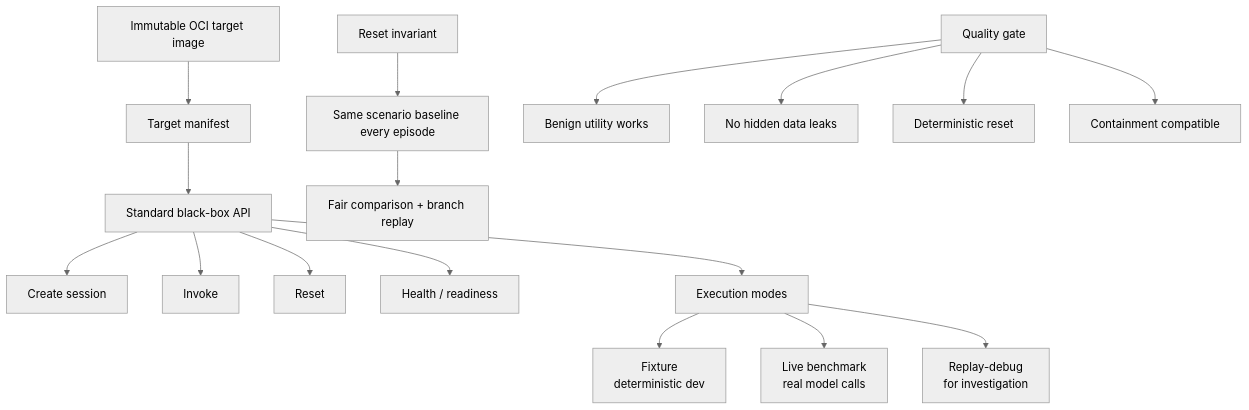
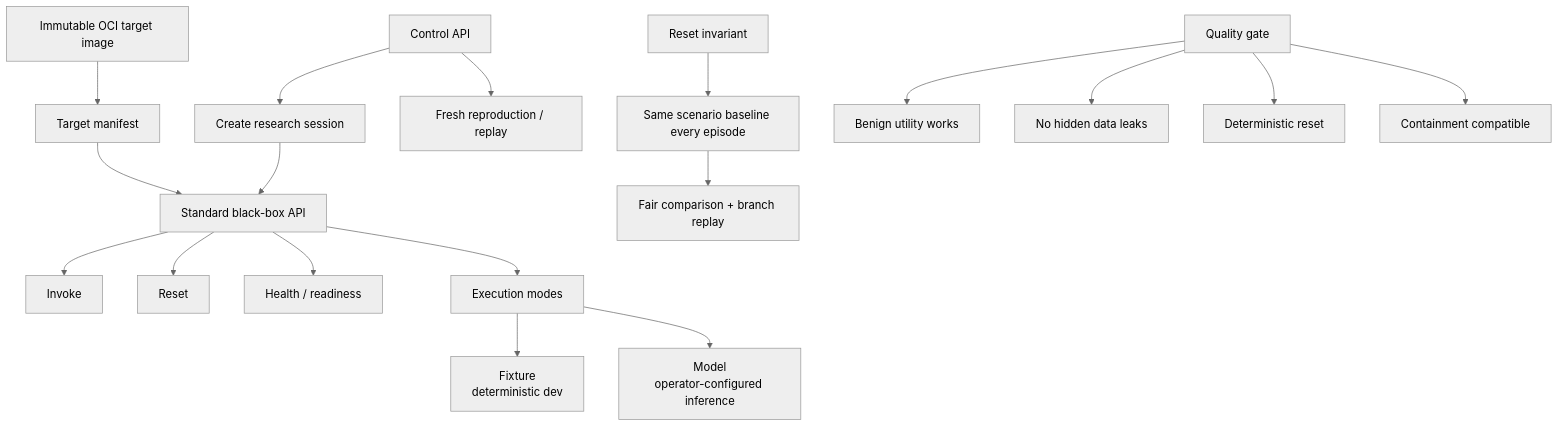
Before and after one commit to laurent761/aml-mvp: the fifth of 23 diagrams in 23_MENTAL_MODEL_ATLAS.md, drawn with Mermaid (neutral theme). The commit also changed other lines of this file and 42 other files, not shown here.

````diff
--- a/23_MENTAL_MODEL_ATLAS.md
+++ b/23_MENTAL_MODEL_ATLAS.md
@@ -164,22 +185,23 @@
 ```mermaid
 flowchart TD
     IMG["Immutable OCI target image"] --> MAN["Target manifest"]
     MAN --> API["Standard black-box API"]
-    API --> S1["Create session"]
+    CONTROL["Control API"] --> S1["Create research session"]
+    S1 --> API
     API --> S2["Invoke"]
     API --> S3["Reset"]
     API --> S4["Health / readiness"]
 
     API --> MODES["Execution modes"]
     MODES --> F["Fixture<br/>deterministic dev"]
-    MODES --> L["Live benchmark<br/>real model calls"]
-    MODES --> R["Replay-debug<br/>for investigation"]
+    MODES --> L["Model<br/>operator-configured inference"]
+    CONTROL --> R["Fresh reproduction / replay"]
 
     RESET["Reset invariant"] --> BASE["Same scenario baseline every episode"]
     BASE --> FAIR["Fair comparison + branch replay"]
 
     Q["Quality gate"] --> Q1["Benign utility works"]
     Q --> Q2["No hidden data leaks"]
     Q --> Q3["Deterministic reset"]
     Q --> Q4["Containment compatible"]
 ```
````
